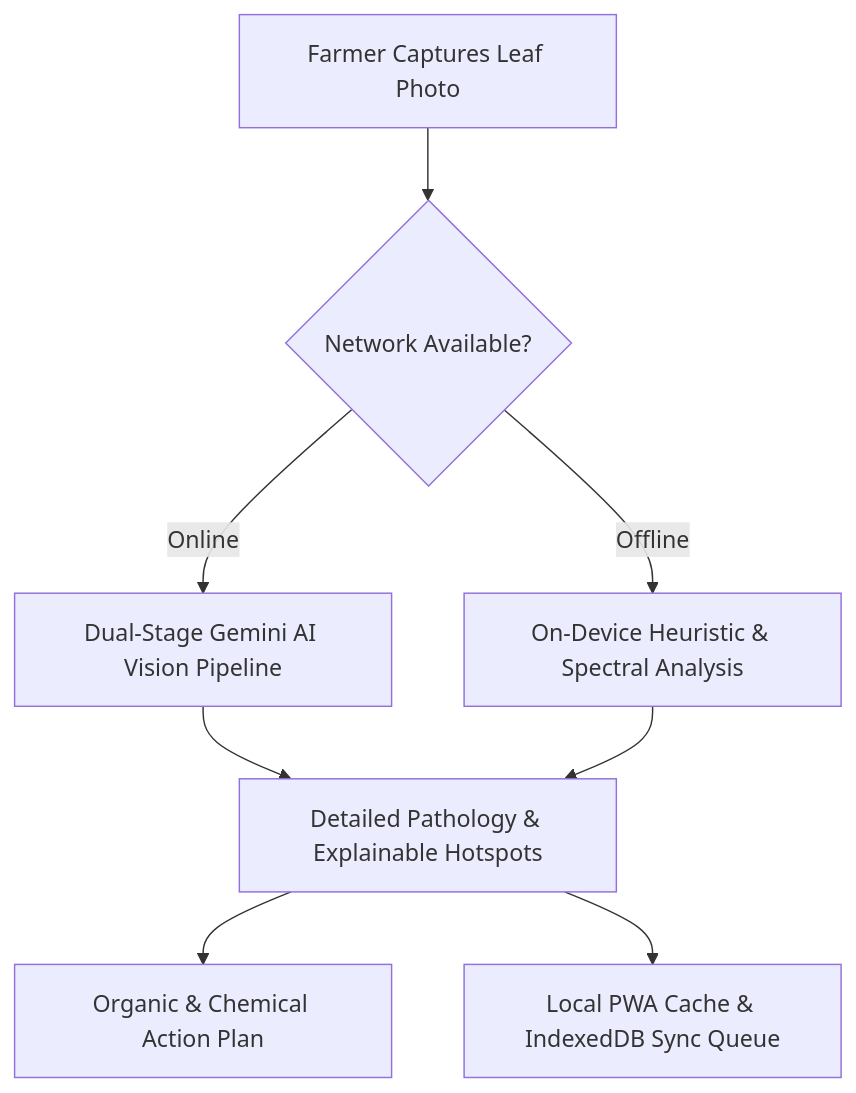
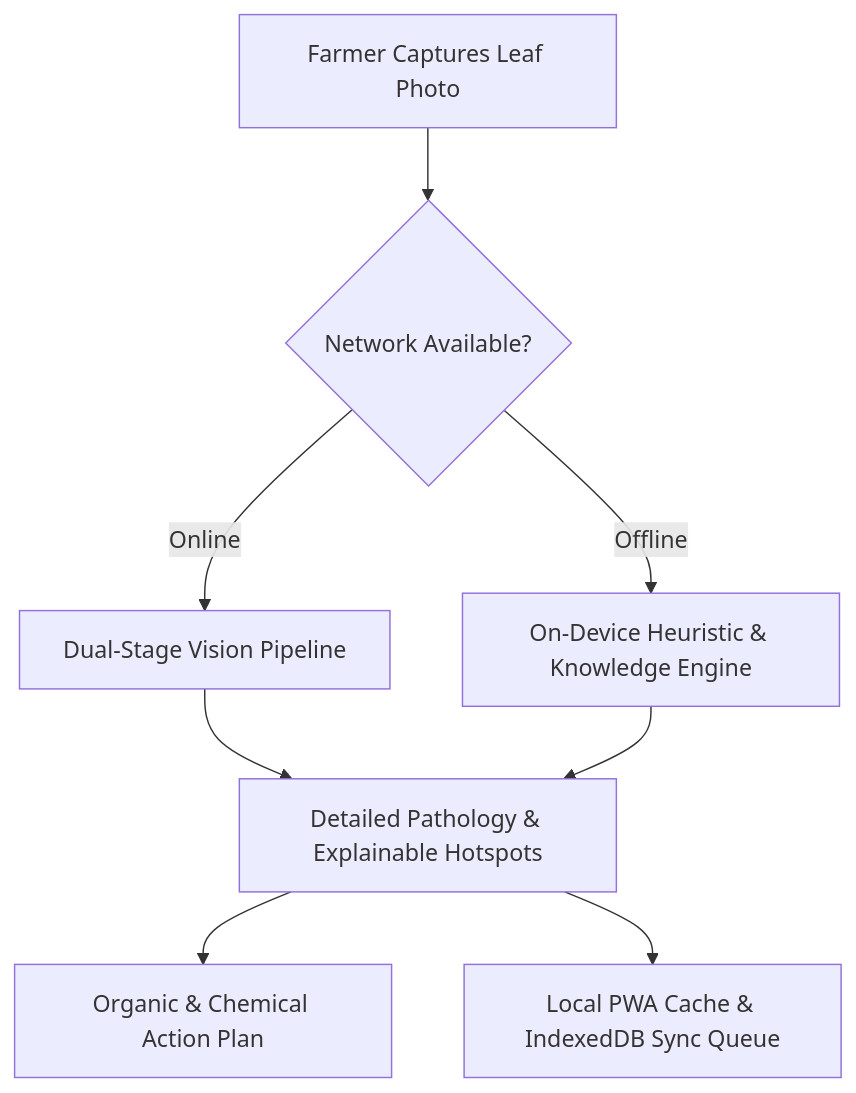
One commit to rahat4528/LeafHealthai changed the diagram in README.md. Above: the diagram before and after it, drawn with Mermaid. The commit also changed other lines of this file and 23 other files, not shown here.

````diff
--- a/README.md
+++ b/README.md
@@ -62,10 +108,10 @@
 ```mermaid
 graph TD
     A[Farmer Captures Leaf Photo] --> B{Network Available?}
-    B -->|Online| C[Dual-Stage Gemini AI Vision Pipeline]
-    B -->|Offline| D[On-Device Heuristic & Spectral Analysis]
+    B -->|Online| C[Dual-Stage Vision Pipeline]
+    B -->|Offline| D[On-Device Heuristic & Knowledge Engine]
     C --> E[Detailed Pathology & Explainable Hotspots]
     D --> E
     E --> F[Organic & Chemical Action Plan]
     E --> G[Local PWA Cache & IndexedDB Sync Queue]
 ```
````
